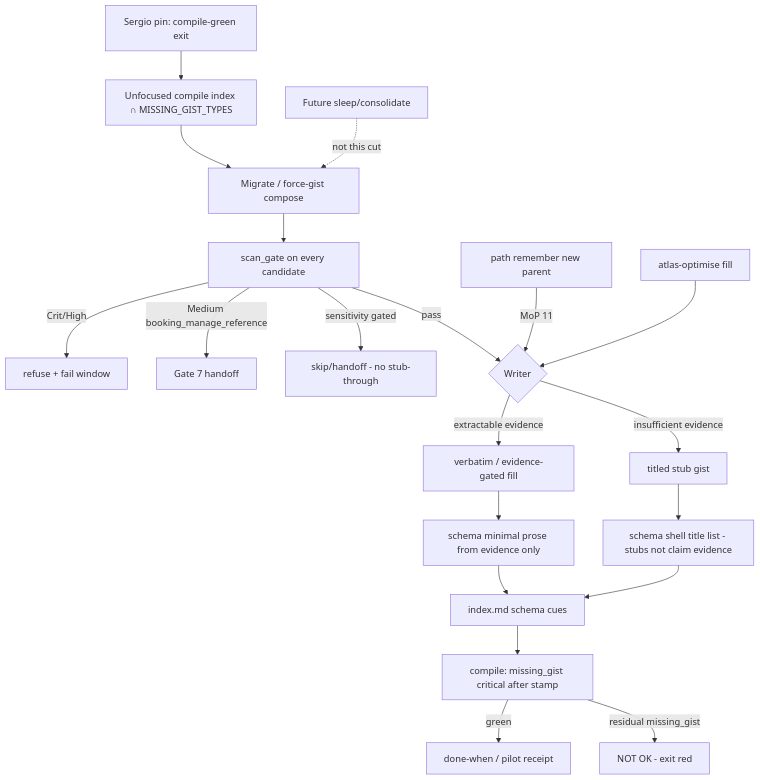
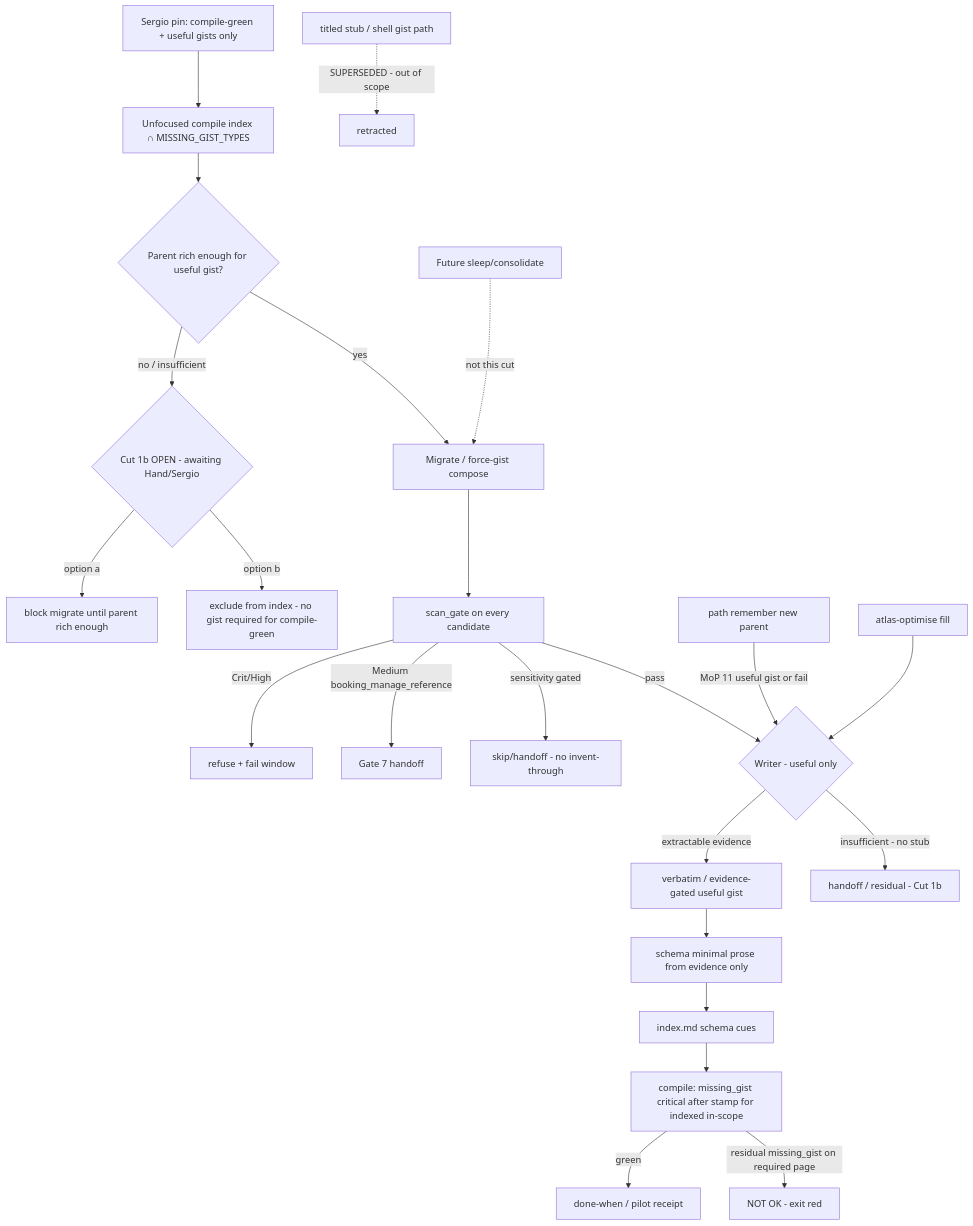
The diagram in autogenesis/plans/2026-10-06-atlas-force-gist-compile-green.md (sergio-sisternes-epam/atlas-atlas), drawn with Mermaid before and after one commit. The commit also changed other lines of this file and 5 other files, not shown here.

First line of the commit message:
docs(autogenesis): amend force-gist — useful gists only; Cut 1b open

````diff
--- a/autogenesis/plans/2026-10-06-atlas-force-gist-compile-green.md
+++ b/autogenesis/plans/2026-10-06-atlas-force-gist-compile-green.md
@@ -146,22 +160,25 @@
 ```mermaid
 flowchart TB
-  Pin[Sergio pin: compile-green exit] --> Scope[Unfocused compile index ∩ MISSING_GIST_TYPES]
-  Scope --> Mig[Migrate / force-gist compose]
+  Pin[Sergio pin: compile-green + useful gists only] --> Scope[Unfocused compile index ∩ MISSING_GIST_TYPES]
+  Scope --> Rich{Parent rich enough for useful gist?}
+  Rich -->|yes| Mig[Migrate / force-gist compose]
+  Rich -->|no / insufficient| Cut1b{Cut 1b OPEN - awaiting Hand/Sergio}
+  Cut1b -->|option a| Block[block migrate until parent rich enough]
+  Cut1b -->|option b| Exclude[exclude from index - no gist required for compile-green]
   Mig --> Scan[scan_gate on every candidate]
   Scan -->|Crit/High| Refuse[refuse + fail window]
   Scan -->|Medium booking_manage_reference| Handoff[Gate 7 handoff]
-  Scan -->|sensitivity gated| Skip[skip/handoff - no stub-through]
-  Scan -->|pass| Writer{Writer}
-  Writer -->|extractable evidence| Verbatim[verbatim / evidence-gated fill]
-  Writer -->|insufficient evidence| Stub[titled stub gist]
+  Scan -->|sensitivity gated| Skip[skip/handoff - no invent-through]
+  Scan -->|pass| Writer{Writer - useful only}
+  Writer -->|extractable evidence| Verbatim[verbatim / evidence-gated useful gist]
+  Writer -->|insufficient - no stub| Residual[handoff / residual - Cut 1b]
   Verbatim --> SchemaBody[schema minimal prose from evidence only]
-  Stub --> SchemaShell[schema shell title list - stubs not claim evidence]
   SchemaBody --> Index[index.md schema cues]
-  SchemaShell --> Index
-  Index --> Compile[compile: missing_gist critical after stamp]
+  Index --> Compile[compile: missing_gist critical after stamp for indexed in-scope]
   Compile -->|green| Exit[done-when / pilot receipt]
-  Compile -->|residual missing_gist| Fail[NOT OK - exit red]
-  Remember[path remember new parent] -->|MoP 11| Writer
+  Compile -->|residual missing_gist on required page| Fail[NOT OK - exit red]
+  Remember[path remember new parent] -->|MoP 11 useful gist or fail| Writer
   Opt[atlas-optimise fill] --> Writer
   Sleep[Future sleep/consolidate] -.not this cut.-> Mig
+  StubOld[titled stub / shell gist path] -.->|SUPERSEDED - out of scope| X[retracted]
 ```
````
